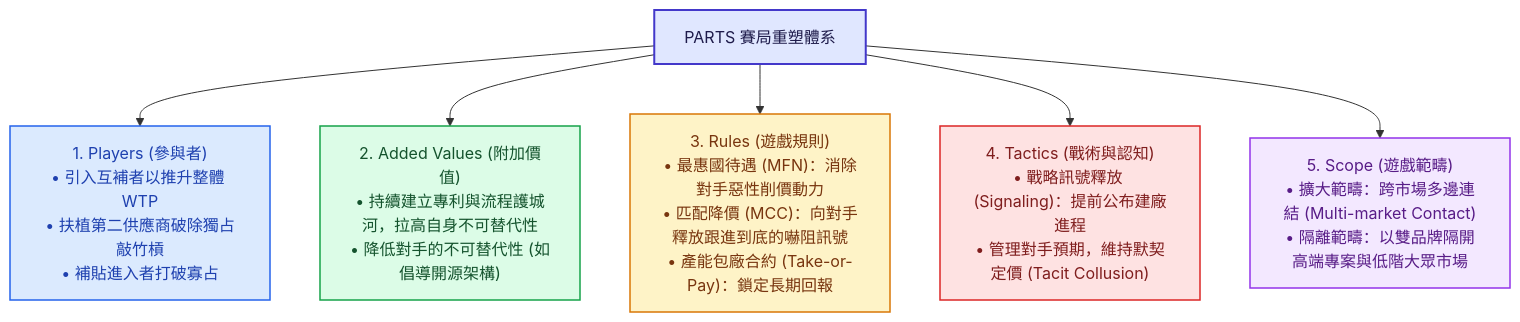
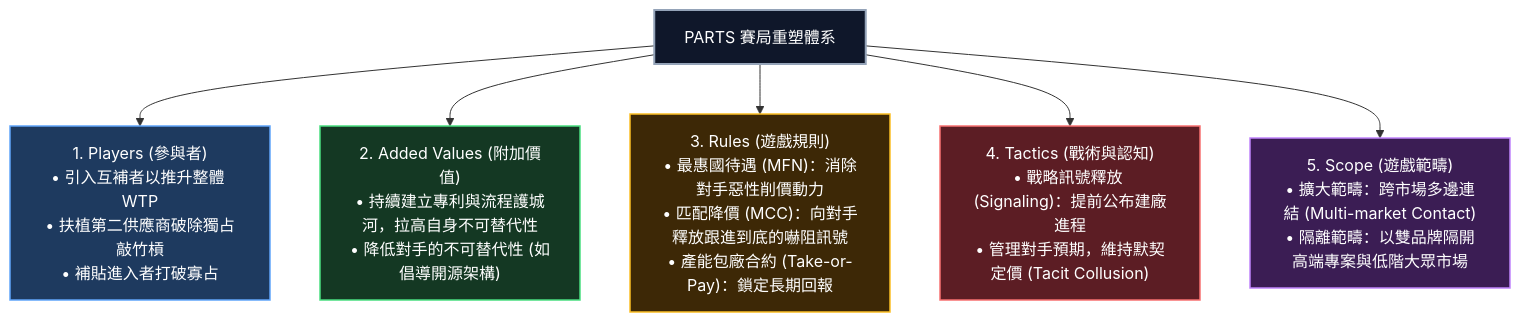
One commit to Jimlin0428/my-digital-garden changed the third of 4 diagrams in src/site/notes/98_商業概念庫/value-net_價值網.md. Above: the diagram before and after it, drawn with Mermaid. The commit also changed other lines of this file and 58 other files, not shown here.

````diff
--- a/src/site/notes/98_商業概念庫/value-net_價值網.md
+++ b/src/site/notes/98_商業概念庫/value-net_價值網.md
@@ -147,23 +147,23 @@
 ```mermaid
 flowchart TD
     PARTS["PARTS 賽局重塑體系"]
     
     P["1. Players (參與者)<br>• 引入互補者以推升整體 WTP<br>• 扶植第二供應商破除獨占敲竹槓<br>• 補貼進入者打破寡占"]
     A["2. Added Values (附加價值)<br>• 持續建立專利與流程護城河，拉高自身不可替代性<br>• 降低對手的不可替代性 (如倡導開源架構)"]
     R["3. Rules (遊戲規則)<br>• 最惠國待遇 (MFN)：消除對手惡性削價動力<br>• 匹配降價 (MCC)：向對手釋放跟進到底的嚇阻訊號<br>• 產能包廠合約 (Take-or-Pay)：鎖定長期回報"]
     T["4. Tactics (戰術與認知)<br>• 戰略訊號釋放 (Signaling)：提前公布建廠進程<br>• 管理對手預期，維持默契定價 (Tacit Collusion)"]
     S["5. Scope (遊戲範疇)<br>• 擴大範疇：跨市場多邊連結 (Multi-market Contact)<br>• 隔離範疇：以雙品牌隔開高端專案與低階大眾市場"]
 
     PARTS --> P
     PARTS --> A
     PARTS --> R
     PARTS --> T
     PARTS --> S
 
-    style PARTS fill:#e0e7ff,stroke:#4338ca,stroke-width:2px,color:#1e1b4b
-    style P fill:#dbeafe,stroke:#2563eb,stroke-width:1.5px,color:#1e40af
-    style A fill:#dcfce7,stroke:#16a34a,stroke-width:1.5px,color:#14532d
-    style R fill:#fef3c7,stroke:#d97706,stroke-width:1.5px,color:#78350f
-    style T fill:#fee2e2,stroke:#dc2626,stroke-width:1.5px,color:#7f1d1d
-    style S fill:#f3e8ff,stroke:#9333ea,stroke-width:1.5px,color:#581c87
+    style PARTS fill:#0f172a,stroke:#94a3b8,stroke-width:2px,color:#ffffff
+    style P fill:#1e3a5f,stroke:#60a5fa,stroke-width:1.5px,color:#ffffff
+    style A fill:#143823,stroke:#4ade80,stroke-width:1.5px,color:#ffffff
+    style R fill:#3d2806,stroke:#fbbf24,stroke-width:1.5px,color:#ffffff
+    style T fill:#5c1d24,stroke:#f87171,stroke-width:1.5px,color:#ffffff
+    style S fill:#3b1d54,stroke:#c084fc,stroke-width:1.5px,color:#ffffff
 ```
````
